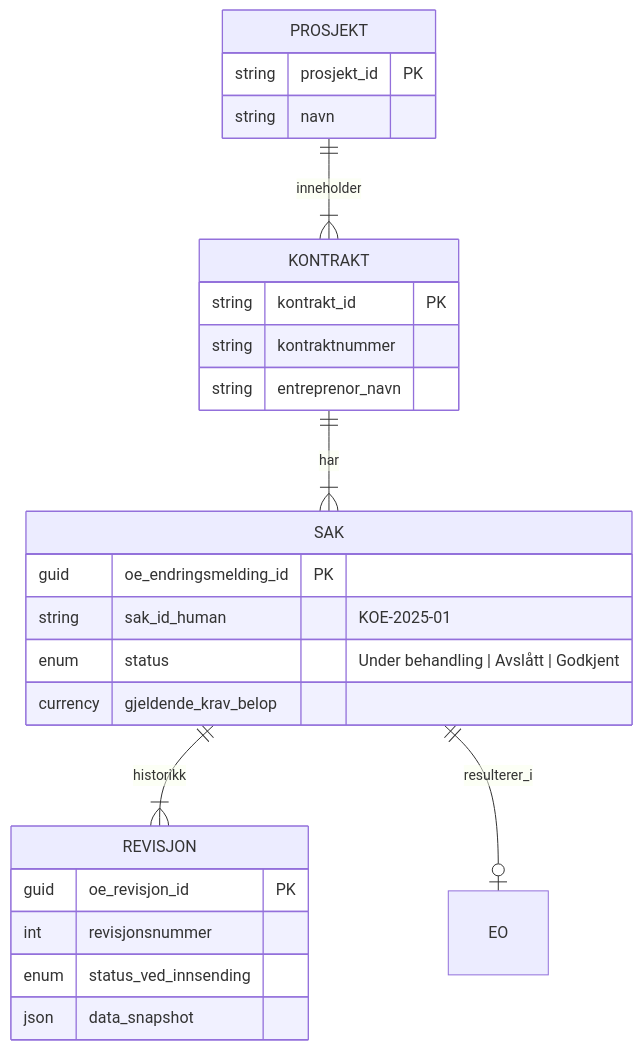
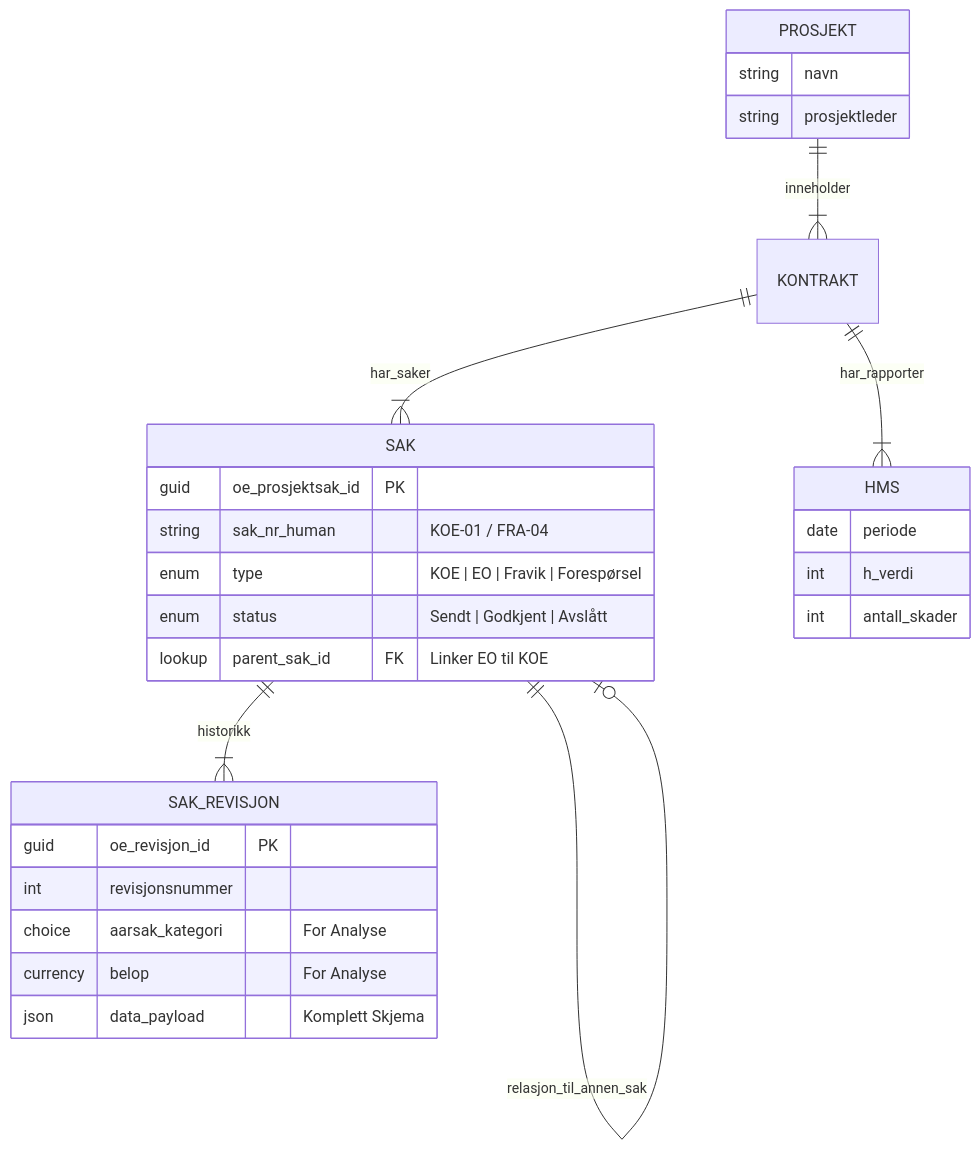
One commit to khjohns/unified-timeline changed the diagram in docs/HLD - Overordnet Design.md. Above: the diagram before and after it, drawn with Mermaid. The commit also changed other lines of this file, not shown here.

````diff
--- a/docs/HLD - Overordnet Design.md
+++ b/docs/HLD - Overordnet Design.md
@@ -641,32 +652,39 @@
 ```mermaid
 erDiagram
+    %% Stamdata
     PROSJEKT ||--|{ KONTRAKT : inneholder
-    KONTRAKT ||--|{ SAK : har
-    SAK ||--|{ REVISJON : historikk
-    SAK ||--o| EO : resulterer_i
+    KONTRAKT ||--|{ SAK : har_saker
+    KONTRAKT ||--|{ HMS : har_rapporter
+
+    %% Saksbehandling (Master/Detail)
+    SAK ||--|{ SAK_REVISJON : historikk
+    SAK ||--o| SAK : relasjon_til_annen_sak
 
     PROSJEKT {
-        string prosjekt_id PK
         string navn
-    }
-
-    KONTRAKT {
-        string kontrakt_id PK
-        string kontraktnummer
-        string entreprenor_navn
+        string prosjektleder
     }
 
     SAK {
-        guid oe_endringsmelding_id PK
-        string sak_id_human "KOE-2025-01"
-        enum status "Under behandling | Avslått | Godkjent"
-        currency gjeldende_krav_belop
+        guid oe_prosjektsak_id PK
+        string sak_nr_human "KOE-01 / FRA-04"
+        enum type "KOE | EO | Fravik | Forespørsel"
+        enum status "Sendt | Godkjent | Avslått"
+        lookup parent_sak_id FK "Linker EO til KOE"
     }
 
-    REVISJON {
+    SAK_REVISJON {
         guid oe_revisjon_id PK
         int revisjonsnummer
-        enum status_ved_innsending
-        json data_snapshot
+        choice aarsak_kategori "For Analyse"
+        currency belop "For Analyse"
+        json data_payload "Komplett Skjema"
     }
+
+    HMS {
+        date periode
+        int h_verdi
+        int antall_skader
+    }
+
 ```
````
